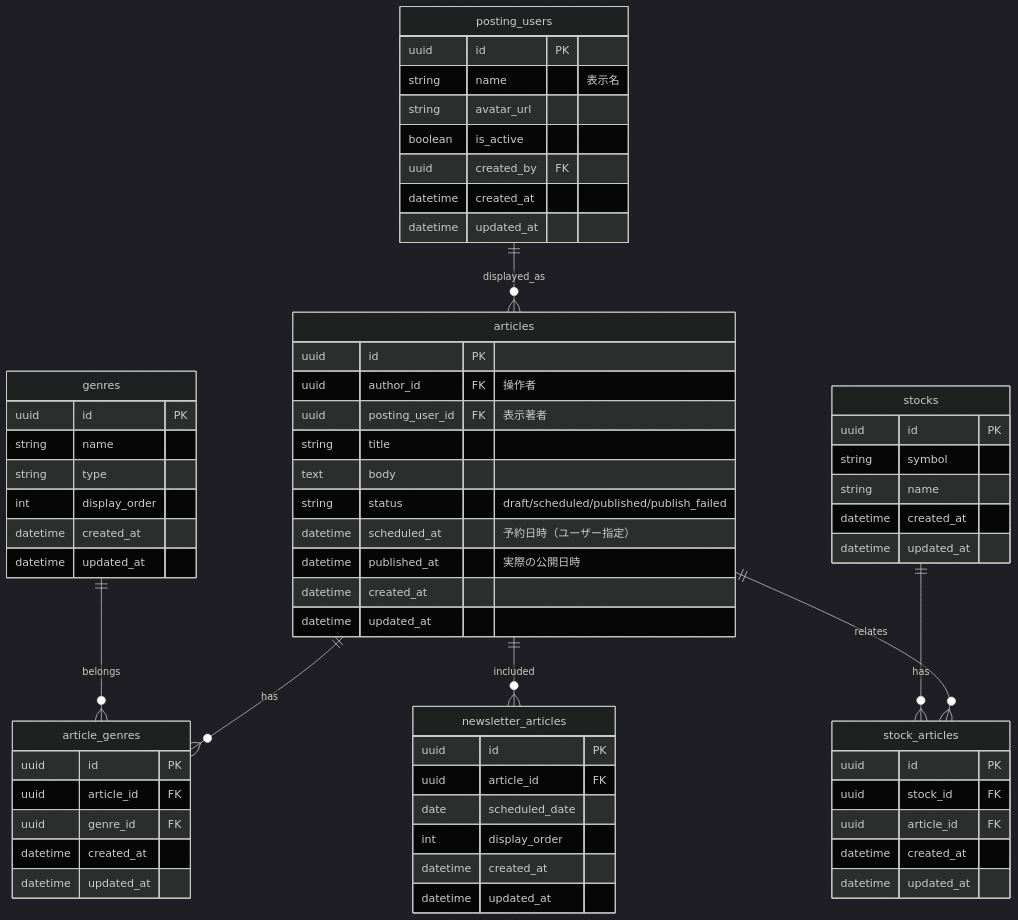
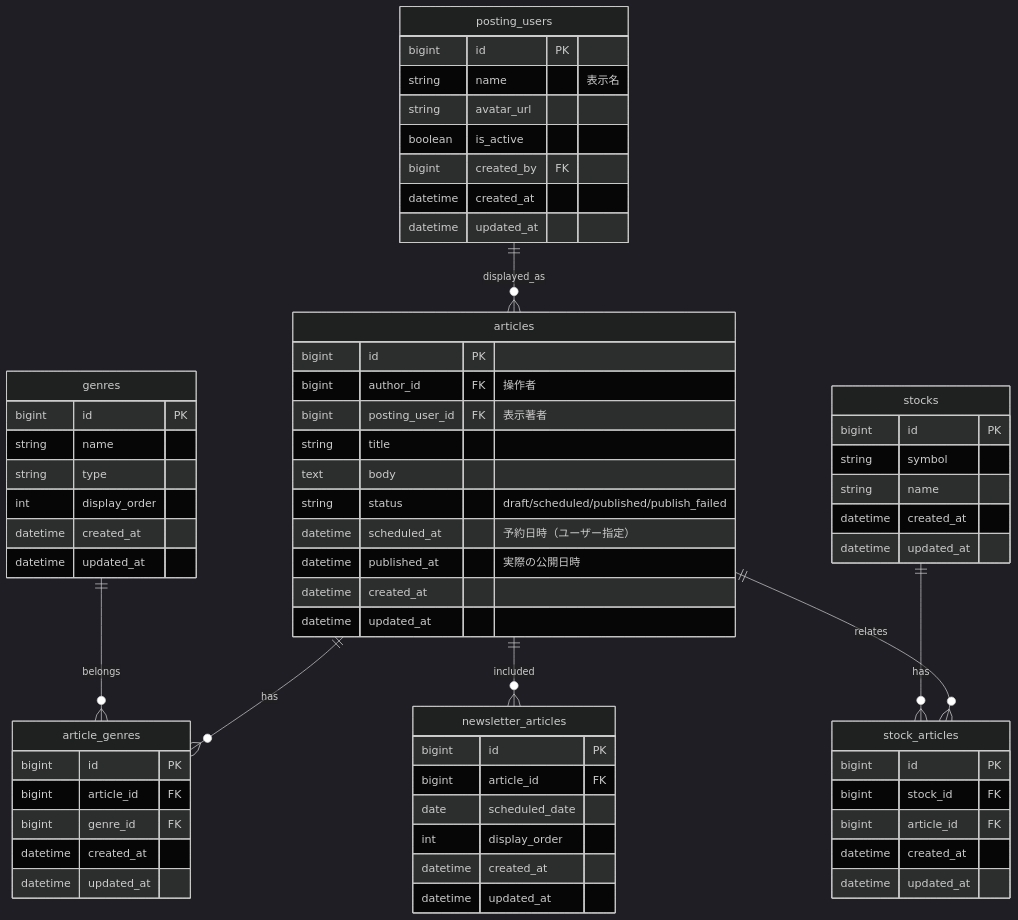
Before and after one commit to RRRRRRR-777/SikouLab: the first of 3 diagrams in docs/functions/article/create-edit.md, drawn with Mermaid (dark theme). The commit also changed 19 other files, not shown here.

````diff
--- a/docs/functions/article/create-edit.md
+++ b/docs/functions/article/create-edit.md
@@ -86,75 +86,75 @@
 ```mermaid
 erDiagram
     %% 正: docs/versions/1_0_0/data-model.md
     posting_users ||--o{ articles : "displayed_as"
     articles ||--o{ article_genres : "has"
     genres ||--o{ article_genres : "belongs"
     articles ||--o{ stock_articles : "relates"
     stocks ||--o{ stock_articles : "has"
     articles ||--o{ newsletter_articles : "included"
 
     posting_users {
-        uuid id PK
+        bigint id PK
         string name "表示名"
         string avatar_url
         boolean is_active
-        uuid created_by FK
+        bigint created_by FK
         datetime created_at
         datetime updated_at
     }
 
     articles {
-        uuid id PK
-        uuid author_id FK "操作者"
-        uuid posting_user_id FK "表示著者"
+        bigint id PK
+        bigint author_id FK "操作者"
+        bigint posting_user_id FK "表示著者"
         string title
         text body
         string status "draft/scheduled/published/publish_failed"
         datetime scheduled_at "予約日時（ユーザー指定）"
         datetime published_at "実際の公開日時"
         datetime created_at
         datetime updated_at
     }
 
     article_genres {
-        uuid id PK
-        uuid article_id FK
-        uuid genre_id FK
+        bigint id PK
+        bigint article_id FK
+        bigint genre_id FK
         datetime created_at
         datetime updated_at
     }
 
     genres {
-        uuid id PK
+        bigint id PK
         string name
         string type
         int display_order
         datetime created_at
         datetime updated_at
     }
 
     stock_articles {
-        uuid id PK
-        uuid stock_id FK
-        uuid article_id FK
+        bigint id PK
+        bigint stock_id FK
+        bigint article_id FK
         datetime created_at
         datetime updated_at
     }
 
     stocks {
-        uuid id PK
+        bigint id PK
         string symbol
         string name
         datetime created_at
         datetime updated_at
     }
 
     newsletter_articles {
-        uuid id PK
-        uuid article_id FK
+        bigint id PK
+        bigint article_id FK
         date scheduled_date
         int display_order
         datetime created_at
         datetime updated_at
     }
 ```
````
